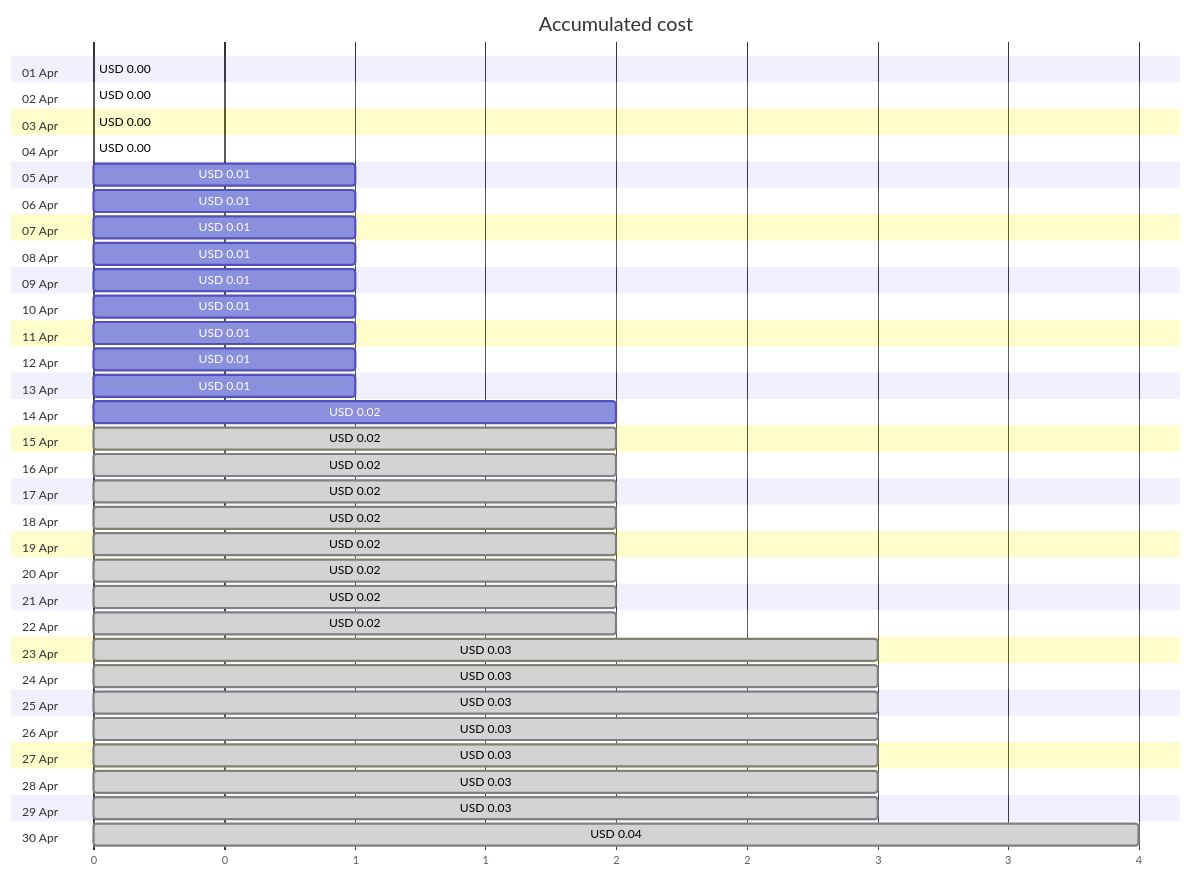
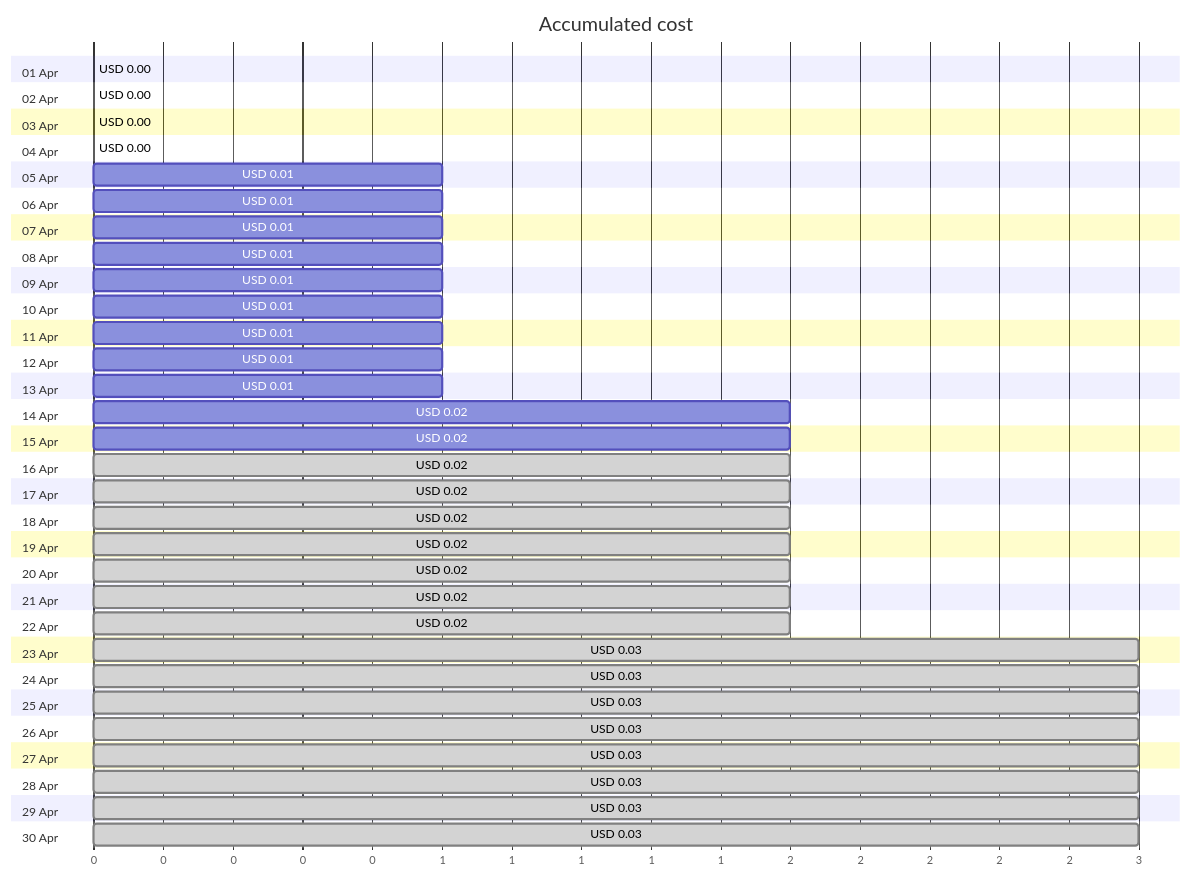
The first of 4 diagrams in cost-reports/personal-site/personalsiteapipreview.md (jpfulton/azure-personal-reports), drawn with Mermaid before and after one commit. The commit also changed other lines of this file and 6 other files, not shown here.

````diff
--- a/cost-reports/personal-site/personalsiteapipreview.md
+++ b/cost-reports/personal-site/personalsiteapipreview.md
@@ -20,66 +20,66 @@
 ```mermaid
 gantt
    title Accumulated cost
    dateFormat  X
    axisFormat %s
    section 01 Apr
    USD 0.00 :0, 0
    section 02 Apr
    USD 0.00 :0, 0
    section 03 Apr
    USD 0.00 :0, 0
    section 04 Apr
    USD 0.00 :0, 0
    section 05 Apr
    USD 0.01 :0, 1
    section 06 Apr
    USD 0.01 :0, 1
    section 07 Apr
    USD 0.01 :0, 1
    section 08 Apr
    USD 0.01 :0, 1
    section 09 Apr
    USD 0.01 :0, 1
    section 10 Apr
    USD 0.01 :0, 1
    section 11 Apr
    USD 0.01 :0, 1
    section 12 Apr
    USD 0.01 :0, 1
    section 13 Apr
    USD 0.01 :0, 1
    section 14 Apr
    USD 0.02 :0, 2
    section 15 Apr
-   USD 0.02 : done, 0, 2
+   USD 0.02 :0, 2
    section 16 Apr
    USD 0.02 : done, 0, 2
    section 17 Apr
    USD 0.02 : done, 0, 2
    section 18 Apr
    USD 0.02 : done, 0, 2
    section 19 Apr
    USD 0.02 : done, 0, 2
    section 20 Apr
    USD 0.02 : done, 0, 2
    section 21 Apr
    USD 0.02 : done, 0, 2
    section 22 Apr
    USD 0.02 : done, 0, 2
    section 23 Apr
    USD 0.03 : done, 0, 3
    section 24 Apr
    USD 0.03 : done, 0, 3
    section 25 Apr
    USD 0.03 : done, 0, 3
    section 26 Apr
    USD 0.03 : done, 0, 3
    section 27 Apr
    USD 0.03 : done, 0, 3
    section 28 Apr
    USD 0.03 : done, 0, 3
    section 29 Apr
    USD 0.03 : done, 0, 3
    section 30 Apr
-   USD 0.04 : done, 0, 4
+   USD 0.03 : done, 0, 3
 ```
````
